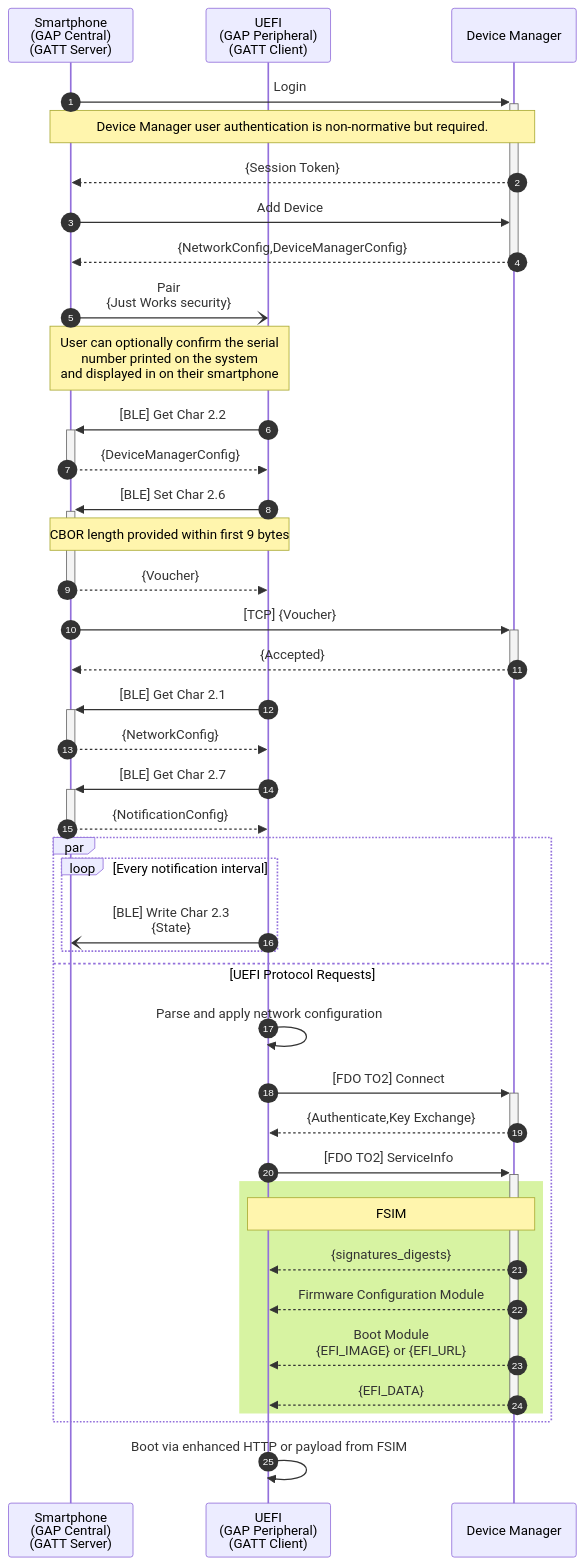
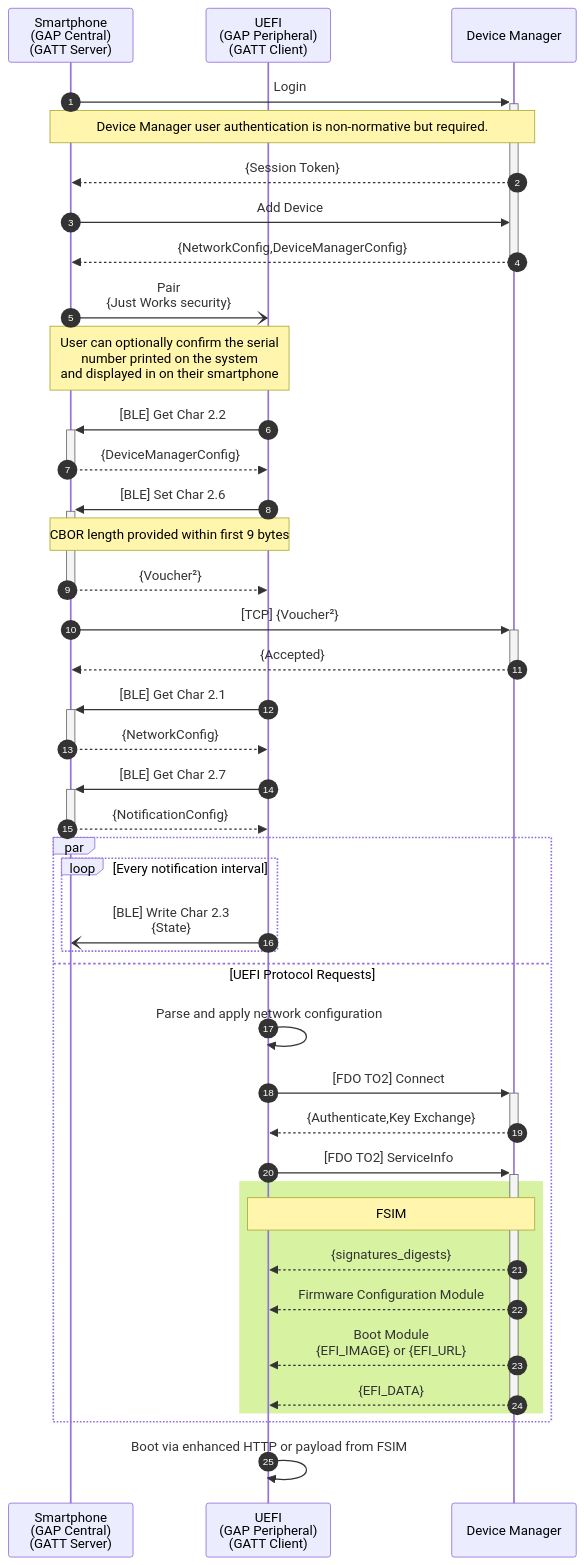
One commit to fido-device-onboard/uefi-ble-fdo changed the first of 3 diagrams in SPEC.md. Above: the diagram before and after it, drawn with Mermaid. The commit also changed other lines of this file, not shown here.

````diff
--- a/SPEC.md
+++ b/SPEC.md
@@ -36,54 +44,52 @@
 ```mermaid
 sequenceDiagram
     participant ue as Smartphone<br/>(GAP Central)<br/>(GATT Server)
     participant uefi as UEFI<br/>(GAP Peripheral)<br/>(GATT Client)
     participant dm as Device Manager
 
     autonumber
 
     ue ->>+ dm: Login
     note over ue,dm: Device Manager user authentication is non-normative but required.
     dm -->> ue: {Session Token}
     ue ->> dm: Add Device
     dm -->>- ue: {NetworkConfig,DeviceManagerConfig}
 
     ue -) uefi: Pair<br>{Just Works security}
     note over ue, uefi: User can optionally confirm the serial<br/>number printed on the system<br/>and displayed in on their smartphone
 
-    
-
     uefi ->>+ ue: [BLE] Get Char 2.2
     ue -->>- uefi: {DeviceManagerConfig}
 
     uefi ->>+ ue: [BLE] Set Char 2.6
     note over ue,uefi: CBOR length provided within first 9 bytes
-    ue -->>- uefi: {Voucher}
+    ue -->>- uefi: {Voucher²}
 
-    ue ->>+ dm: [TCP] {Voucher}
+    ue ->>+ dm: [TCP] {Voucher²}
     dm -->>- ue: {Accepted}
 
     uefi ->>+ ue: [BLE] Get Char 2.1
     ue -->>- uefi: {NetworkConfig}
 
     uefi ->>+ ue: [BLE] Get Char 2.7
     ue -->>- uefi: {NotificationConfig}
 
     par
         loop Every notification interval
         uefi -) ue: [BLE] Write Char 2.3<br/>{State}
     end
      and UEFI Protocol Requests
         uefi ->> uefi: Parse and apply network configuration
         uefi ->>+ dm: [FDO TO2] Connect
         dm -->>- uefi: {Authenticate,Key Exchange}
         uefi ->>+ dm: [FDO TO2] ServiceInfo
         rect rgb(215,243,162)
             note over dm,uefi: FSIM
             dm -->> uefi: {signatures_digests}
             dm -->> uefi: Firmware Configuration Module
             dm -->> uefi: Boot Module<br/>{EFI_IMAGE} or {EFI_URL}
             dm -->>- uefi: {EFI_DATA}
         end
     end
     uefi ->> uefi: Boot via enhanced HTTP or payload from FSIM
 ```
````
